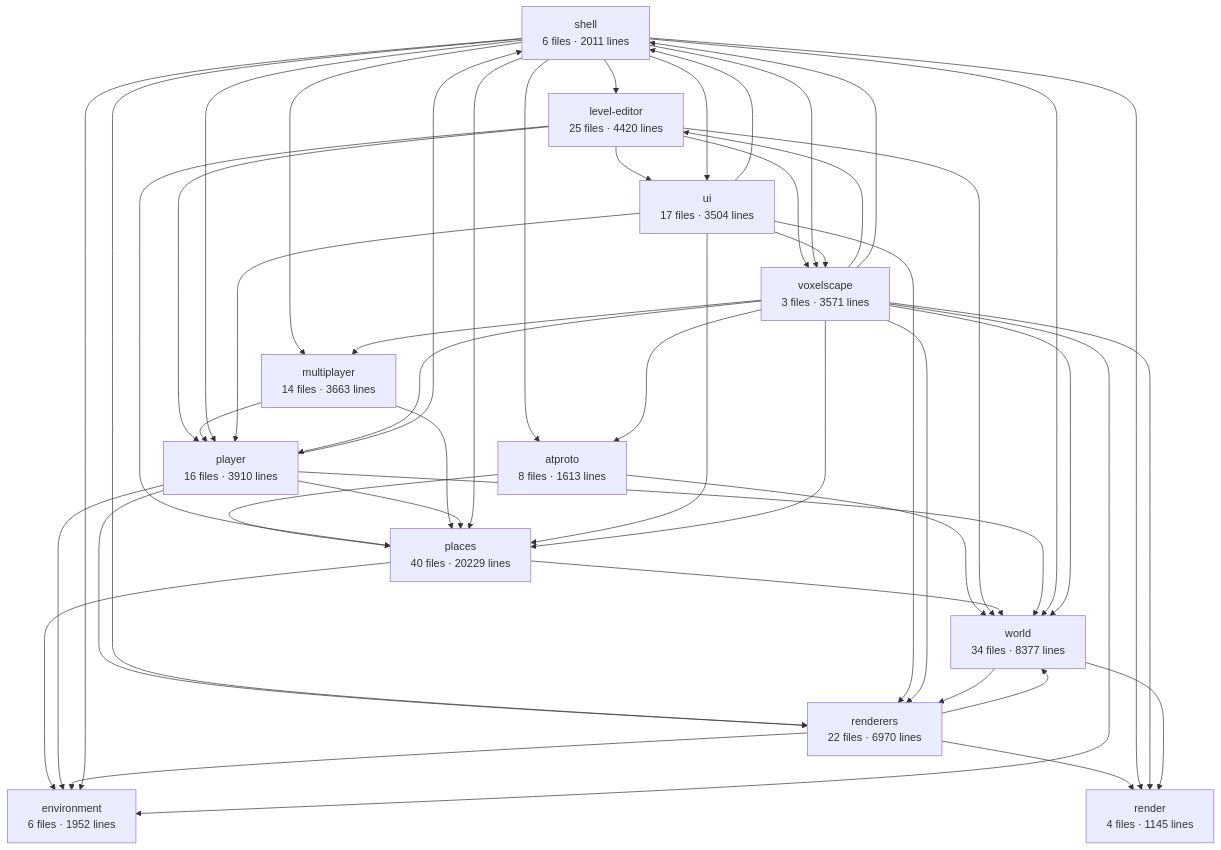
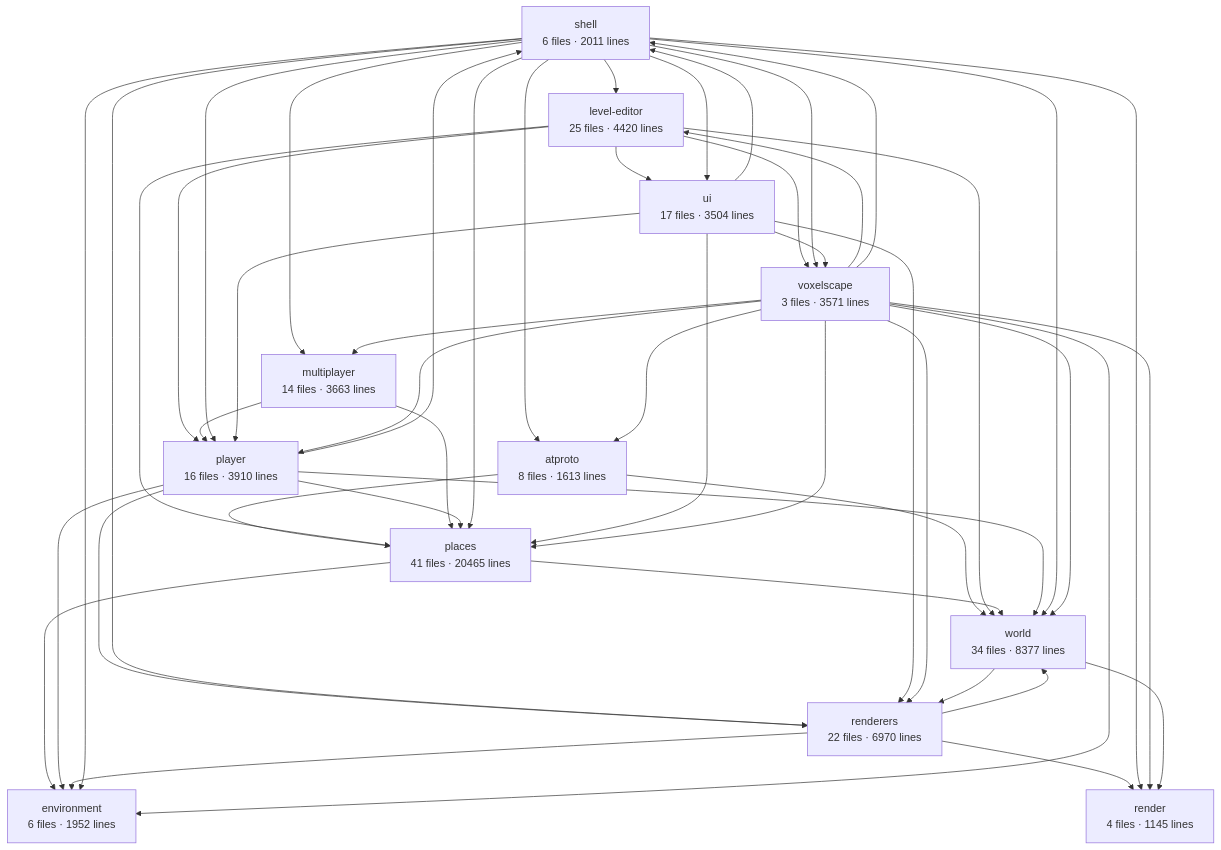
One commit to big-mesh-studios/big-mesh-studios changed the diagram in apps/voxelscape/docs/architecture.md. Above: the diagram before and after it, drawn with Mermaid. The commit also changed other lines of this file and 6 other files, not shown here.

````diff
--- a/apps/voxelscape/docs/architecture.md
+++ b/apps/voxelscape/docs/architecture.md
@@ -6,62 +6,62 @@
 ```mermaid
 graph TD
   shell["shell<br/>6 files · 2011 lines"]
   voxelscape["voxelscape<br/>3 files · 3571 lines"]
   world["world<br/>34 files · 8377 lines"]
   renderers["renderers<br/>22 files · 6970 lines"]
   render["render<br/>4 files · 1145 lines"]
   player["player<br/>16 files · 3910 lines"]
   multiplayer["multiplayer<br/>14 files · 3663 lines"]
-  places["places<br/>40 files · 20229 lines"]
+  places["places<br/>41 files · 20465 lines"]
   environment["environment<br/>6 files · 1952 lines"]
   atproto["atproto<br/>8 files · 1613 lines"]
   ui["ui<br/>17 files · 3504 lines"]
   level-editor["level-editor<br/>25 files · 4420 lines"]
   atproto --> places
   atproto --> world
   level-editor --> places
   level-editor --> player
   level-editor --> ui
   level-editor --> voxelscape
   level-editor --> world
   multiplayer --> places
   multiplayer --> player
   places --> environment
   places --> world
   player --> environment
   player --> places
   player --> renderers
   player --> shell
   player --> world
   renderers --> environment
   renderers --> render
   renderers --> world
   shell --> atproto
   shell --> environment
   shell --> level-editor
   shell --> multiplayer
   shell --> places
   shell --> player
   shell --> render
   shell --> renderers
   shell --> ui
   shell --> voxelscape
   shell --> world
   ui --> places
   ui --> player
   ui --> renderers
   ui --> shell
   ui --> voxelscape
   voxelscape --> atproto
   voxelscape --> environment
   voxelscape --> level-editor
   voxelscape --> multiplayer
   voxelscape --> places
   voxelscape --> player
   voxelscape --> render
   voxelscape --> renderers
   voxelscape --> shell
   voxelscape --> world
   world --> render
   world --> renderers
 ```
````
